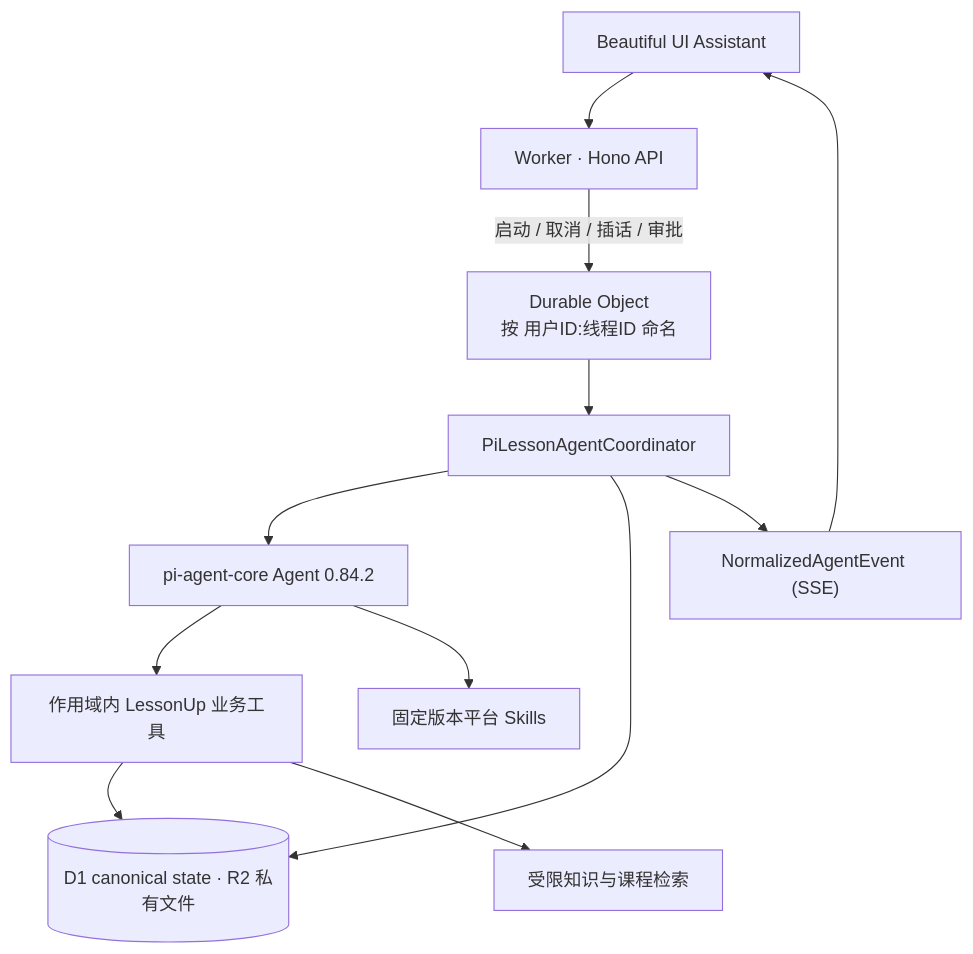
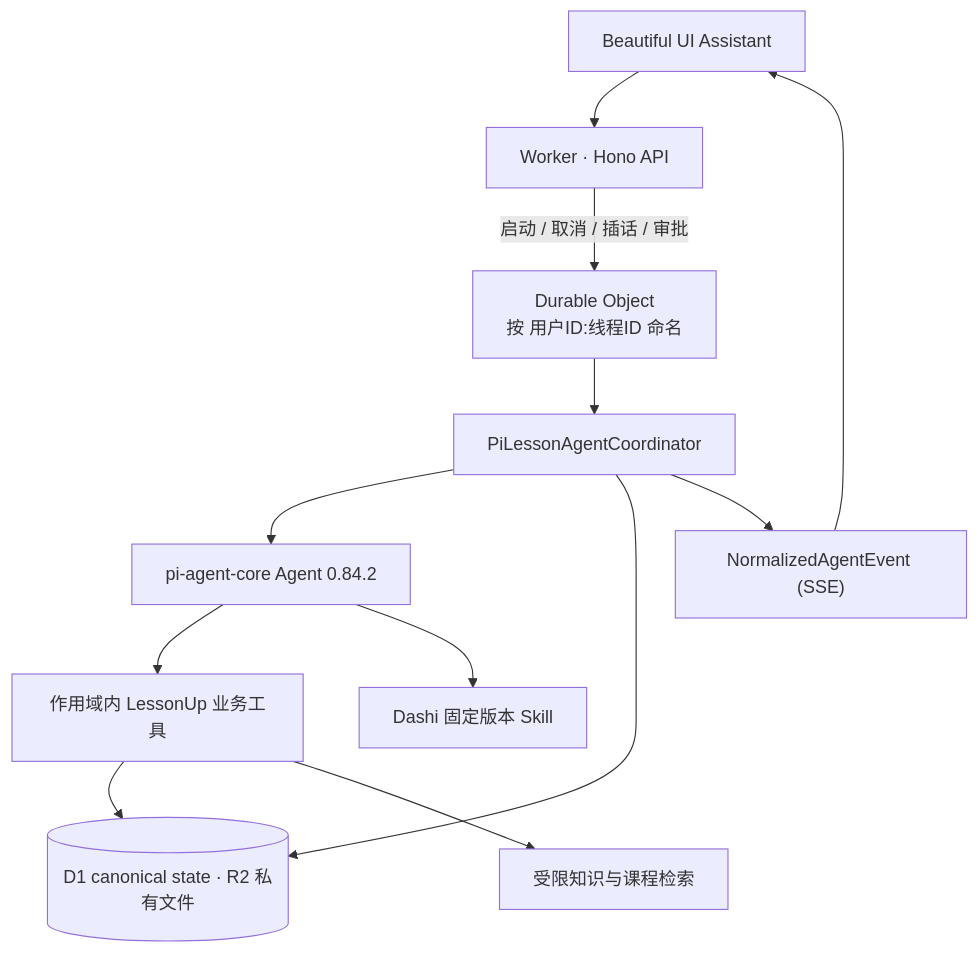
The first of 2 diagrams in docs/pi-agent-harness-migration.md (xiao-user/lessonup), drawn with Mermaid before and after one commit. The commit also changed other lines of this file and 106 other files, not shown here.

````diff
--- a/docs/pi-agent-harness-migration.md
+++ b/docs/pi-agent-harness-migration.md
@@ -18,14 +18,14 @@
 ```mermaid
 flowchart TB
   UI["Beautiful UI Assistant"] --> W["Worker · Hono API"]
   W -->|"启动 / 取消 / 插话 / 审批"| DO["Durable Object<br/>按 用户ID:线程ID 命名"]
   DO --> C["PiLessonAgentCoordinator"]
   C --> A["pi-agent-core Agent 0.84.2"]
   A --> T["作用域内 LessonUp 业务工具"]
-  A --> S["固定版本平台 Skills"]
+  A --> S["Dashi 固定版本 Skill"]
   T --> DB[("D1 canonical state · R2 私有文件")]
   T --> K["受限知识与课程检索"]
   C --> DB
   C --> E["NormalizedAgentEvent (SSE)"]
   E --> UI
 ```
````
